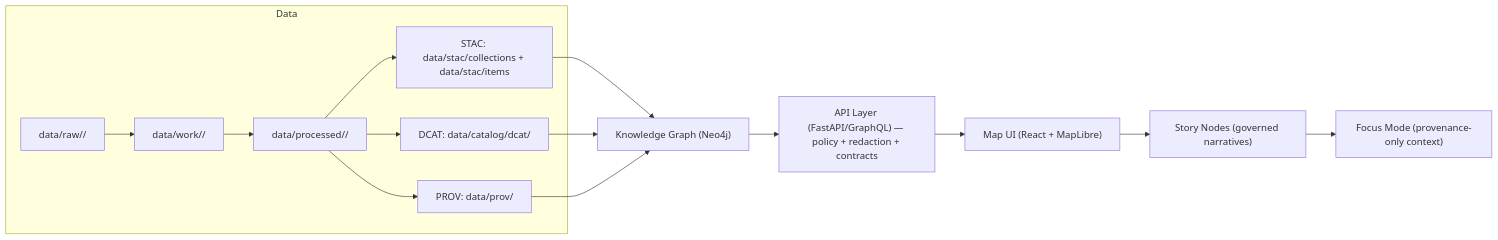
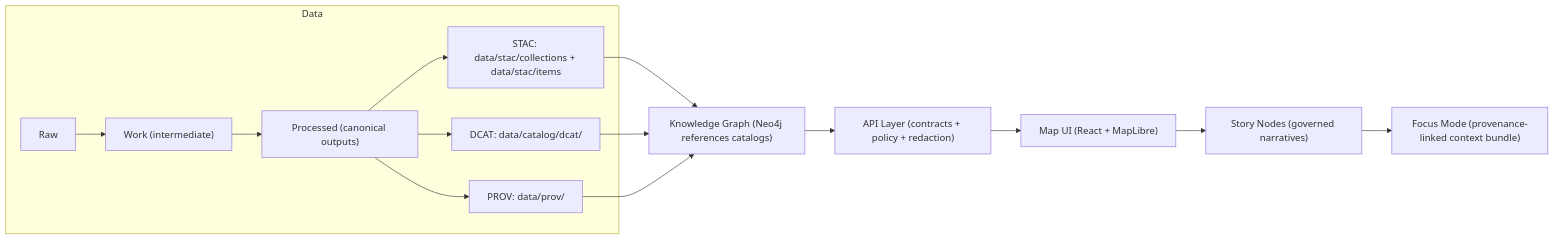
Before and after one commit to bartytime4life/Kansas-Frontier-Matrix: the first of 3 diagrams in .github/README.md, drawn with Mermaid. The commit also changed other lines of this file, not shown here.

````diff
--- a/.github/README.md
+++ b/.github/README.md
@@ -133,19 +176,19 @@
 ```mermaid
 flowchart LR
   subgraph Data
-    A["data/raw/<domain>/"] --> B["data/work/<domain>/"]
-    B --> C["data/processed/<domain>/"]
+    A["Raw"] --> B["Work (intermediate)"]
+    B --> C["Processed (canonical outputs)"]
     C --> S["STAC: data/stac/collections + data/stac/items"]
     C --> D["DCAT: data/catalog/dcat/"]
     C --> P["PROV: data/prov/"]
   end
 
-  S --> G["Knowledge Graph (Neo4j)"]
+  S --> G["Knowledge Graph (Neo4j references catalogs)"]
   D --> G
   P --> G
 
-  G --> H["API Layer (FastAPI/GraphQL) — policy + redaction + contracts"]
+  G --> H["API Layer (contracts + policy + redaction)"]
   H --> I["Map UI (React + MapLibre)"]
   I --> J["Story Nodes (governed narratives)"]
-  J --> K["Focus Mode (provenance-only context)"]
+  J --> K["Focus Mode (provenance-linked context bundle)"]
 ```
````
